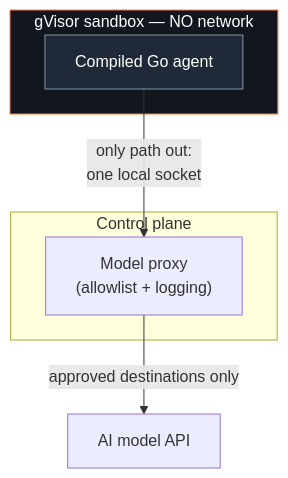
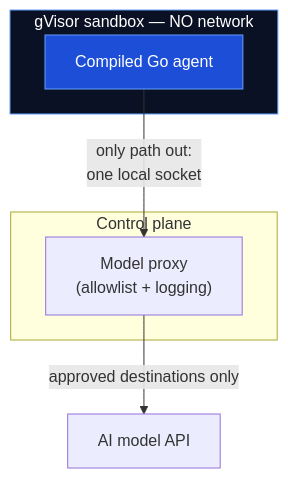
Before and after one commit to IronSecCo/ironclaw: the third of 5 diagrams in docs/ironclaw-explained.md, drawn with Mermaid. The commit also changed other lines of this file and 3 other files, not shown here.

First line of the commit message:
docs: brand-consistent architecture & data-flow diagrams (IRO-112)

````diff
--- a/docs/ironclaw-explained.md
+++ b/docs/ironclaw-explained.md
@@ -128,13 +128,13 @@
 ```mermaid
 flowchart TB
     subgraph CP["Control plane"]
         PROXY["Model proxy<br/>(allowlist + logging)"]
     end
     subgraph BOX["gVisor sandbox  —  NO network"]
         AGENT["Compiled Go agent"]
     end
     AGENT -->|"only path out:<br/>one local socket"| PROXY
     PROXY -->|approved destinations only| NET["AI model API"]
-    style BOX fill:#11161f,stroke:#ff7a2e,color:#ffffff
-    style AGENT fill:#1f2937,stroke:#8b96a6,color:#ffffff
+    style BOX fill:#0b1124,stroke:#63a0ff,color:#ffffff
+    style AGENT fill:#1d4ed8,stroke:#63a0ff,color:#ffffff
 ```
````
